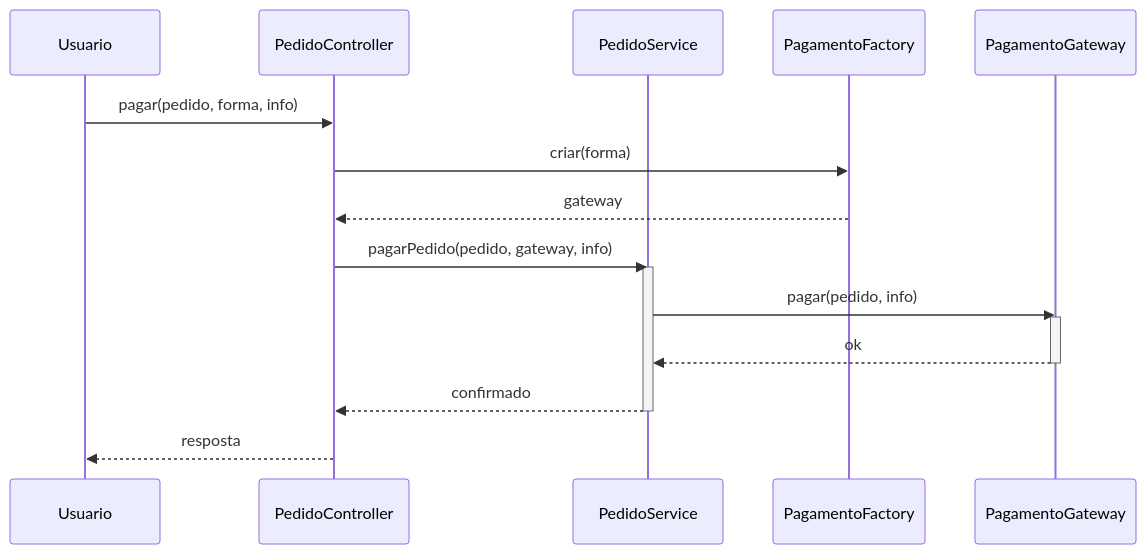
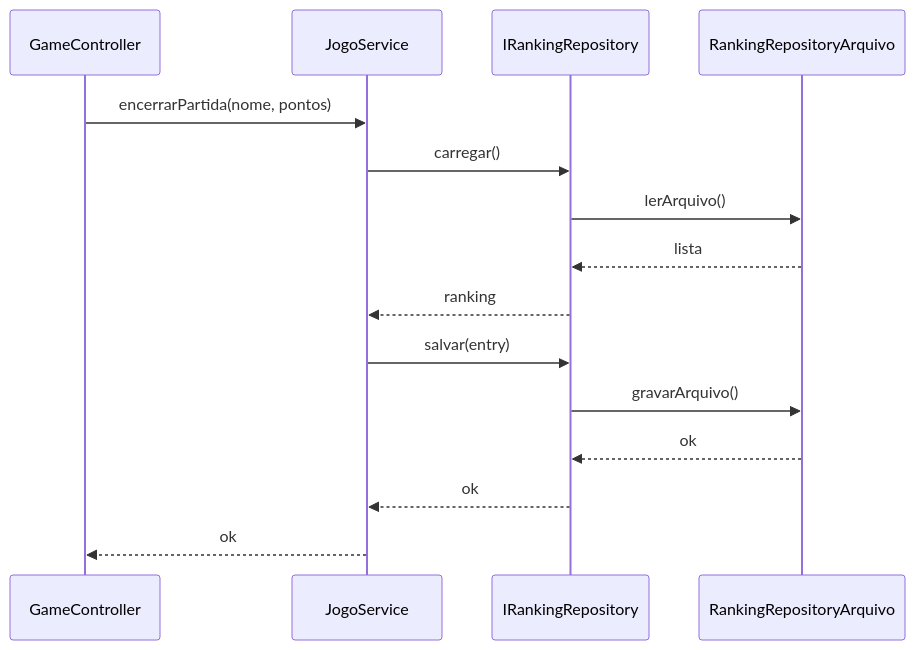
The second of 2 diagrams in missaoMarteUnifor/grasp/apostilas-grasp/protected-variations.md (ProfBezerra/T200-ProjArqSist), drawn with Mermaid before and after one commit. The commit also changed other lines of this file and 10 other files, not shown here.

````diff
--- a/missaoMarteUnifor/grasp/apostilas-grasp/protected-variations.md
+++ b/missaoMarteUnifor/grasp/apostilas-grasp/protected-variations.md
@@ -107,21 +108,18 @@
 ```mermaid
 sequenceDiagram
-  participant Usuario
-  participant PedidoController
-  participant PedidoService
-  participant PagamentoFactory
-  participant PagamentoGateway
+  participant GameController
+  participant JogoService
+  participant IRankingRepository
+  participant RankingRepositoryArquivo
 
-  Usuario->>PedidoController: pagar(pedido, forma, info)
-  PedidoController->>PagamentoFactory: criar(forma)
-  PagamentoFactory-->>PedidoController: gateway
-  PedidoController->>PedidoService: pagarPedido(pedido, gateway, info)
-  activate PedidoService
-  PedidoService->>PagamentoGateway: pagar(pedido, info)
-  activate PagamentoGateway
-  PagamentoGateway-->>PedidoService: ok
-  deactivate PagamentoGateway
-  PedidoService-->>PedidoController: confirmado
-  deactivate PedidoService
-  PedidoController-->>Usuario: resposta
+  GameController->>JogoService: encerrarPartida(nome, pontos)
+  JogoService->>IRankingRepository: carregar()
+  IRankingRepository->>RankingRepositoryArquivo: lerArquivo()
+  RankingRepositoryArquivo-->>IRankingRepository: lista
+  IRankingRepository-->>JogoService: ranking
+  JogoService->>IRankingRepository: salvar(entry)
+  IRankingRepository->>RankingRepositoryArquivo: gravarArquivo()
+  RankingRepositoryArquivo-->>IRankingRepository: ok
+  IRankingRepository-->>JogoService: ok
+  JogoService-->>GameController: ok
 ```
````
